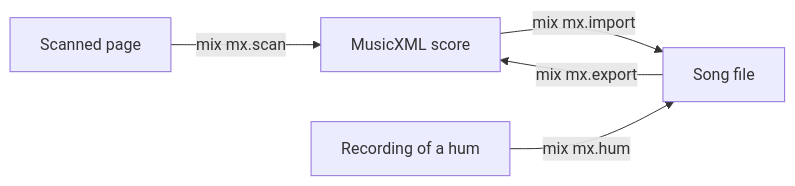
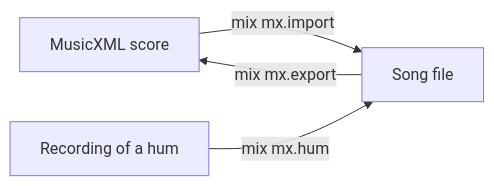
Before and after one commit to mx-music/mx: the diagram in documentation/scores.md, drawn with Mermaid. The commit also changed other lines of this file and 42 other files, not shown here.

````diff
--- a/documentation/scores.md
+++ b/documentation/scores.md
@@ -6,12 +6,10 @@
 ```mermaid
 graph LR
-  page["Scanned page"]
   score["MusicXML score"]
   hum["Recording of a hum"]
   song["Song file"]
 
-  page -->|mix mx.scan| score
   score -->|mix mx.import| song
   song -->|mix mx.export| score
   hum -->|mix mx.hum| song
 ```
````
